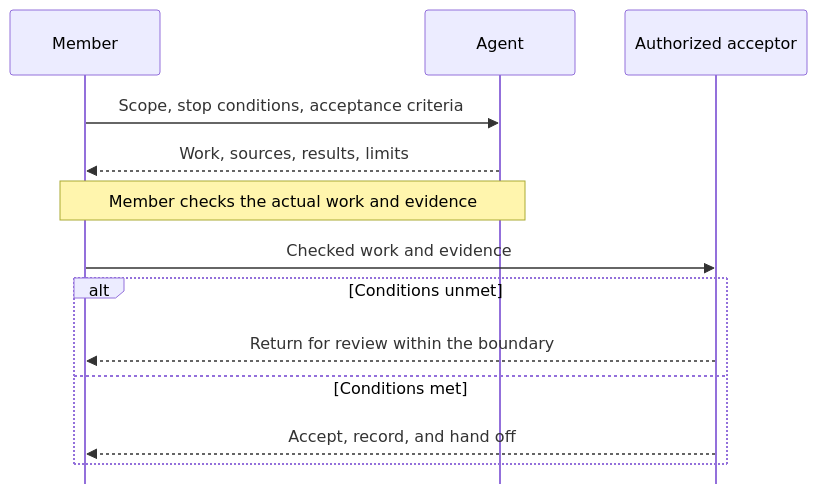
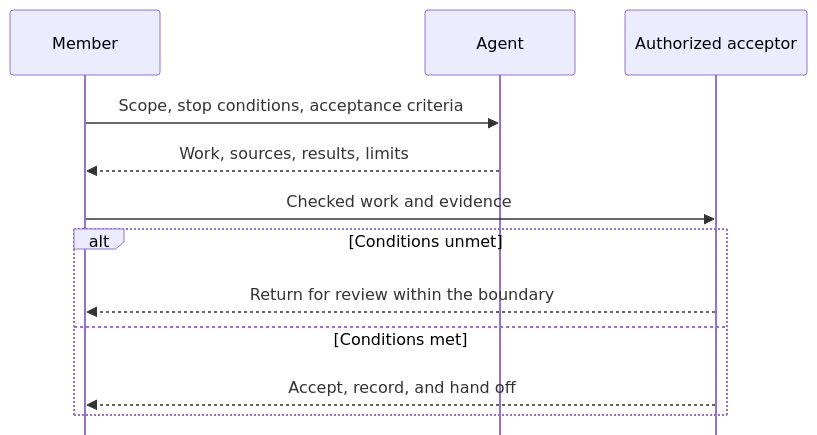
Before and after one commit to HengYangDS/data-department-work-guidelines: the diagram in docs/human-agent.md, drawn with Mermaid. The commit also changed 1 other file, not shown here.

Commit message:
fix(docs): remove redundant collaboration note

````diff
--- a/docs/human-agent.md
+++ b/docs/human-agent.md
@@ -83,22 +83,21 @@
 ```mermaid
 ---
 config:
   sequence:
     mirrorActors: false
 ---
 sequenceDiagram
     accTitle: Delegation, evidence, and authorized acceptance
     accDescr: A member sets the delegation boundary. An Agent returns work and evidence. The member checks the actual work and evidence before submitting them to an authorized acceptor. If conditions are unmet, the work returns for review within the delegation boundary. If conditions are met, the acceptor accepts the work, records acceptance, and hands off the result. Participants represent roles, not necessarily different people. People retain authority and responsibility; acceptance never expands permission.
     participant Member
     participant Agent
     participant Acceptor as Authorized acceptor
     Member->>Agent: Scope, stop conditions, acceptance criteria
     Agent-->>Member: Work, sources, results, limits
-    Note over Member,Agent: Member checks the actual work and evidence
     Member->>Acceptor: Checked work and evidence
     alt Conditions unmet
         Acceptor-->>Member: Return for review within the boundary
     else Conditions met
         Acceptor-->>Member: Accept, record, and hand off
     end
 ```
````
